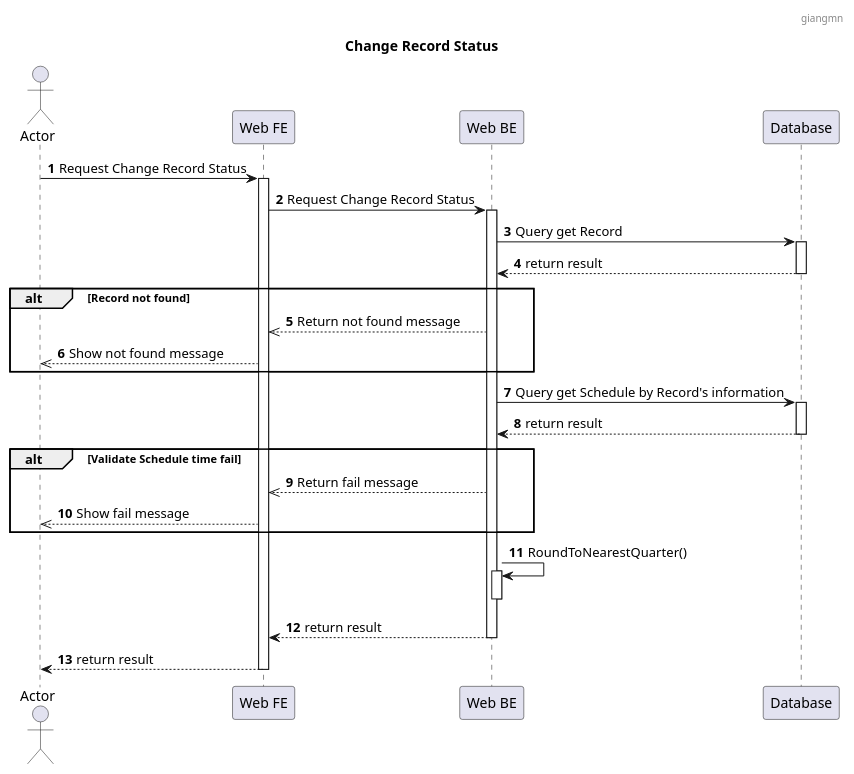
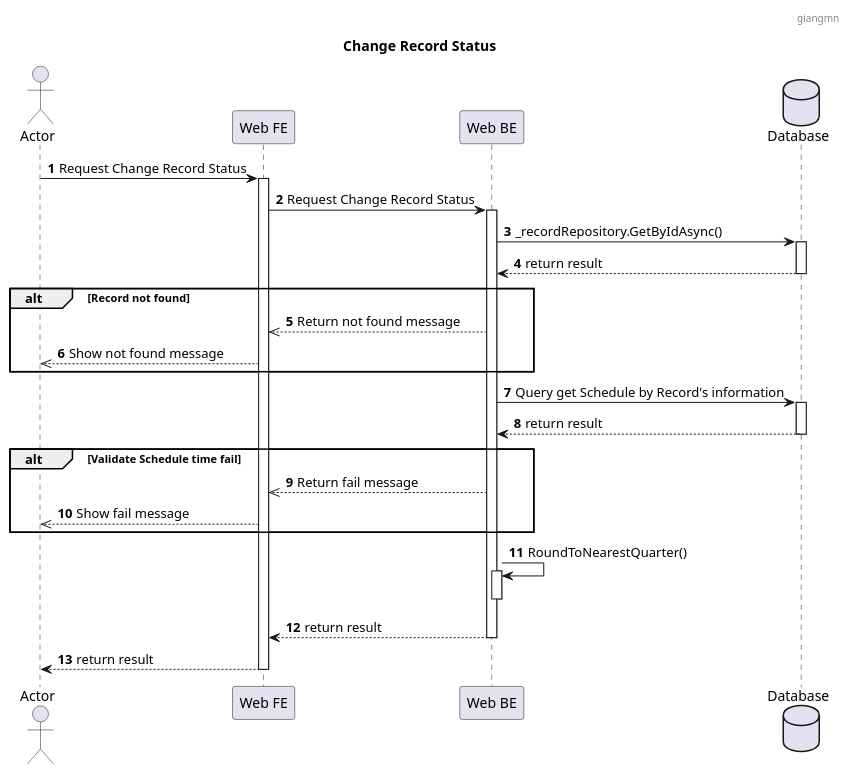
One commit to jang1902/SEP490_Sequence changed the diagram in Sequence/Record/Change Record Status.puml. Above: the diagram before and after it, drawn with PlantUML. The commit also changed 10 other files, not shown here.

```diff
--- a/Sequence/Record/Change Record Status.puml
+++ b/Sequence/Record/Change Record Status.puml
@@ -1,38 +1,38 @@
 @startuml
 header : giangmn
 title: Change Record Status
 autonumber
 
 actor "Actor" as a
 participant "Web FE" as fe
 participant "Web BE" as be
-participant "Database" as db
+database "Database" as db
 
 a->fe: Request Change Record Status
 fe++
 fe -> be: Request Change Record Status
 be++
-be -> db: Query get Record
+be -> db: _recordRepository.GetByIdAsync()
 db++
 db --> be: return result
 db--
 alt Record not found
 be -->> fe: Return not found message
 fe -->> a: Show not found message
 end
 be -> db: Query get Schedule by Record's information
 db++
 db --> be: return result
 db--
 alt Validate Schedule time fail
 be -->> fe: Return fail message
 fe -->> a: Show fail message
 end
 be->be: RoundToNearestQuarter()
 be++
 be--
 be --> fe: return result
 be--
 fe--> a: return result
 fe--
 @enduml
```
